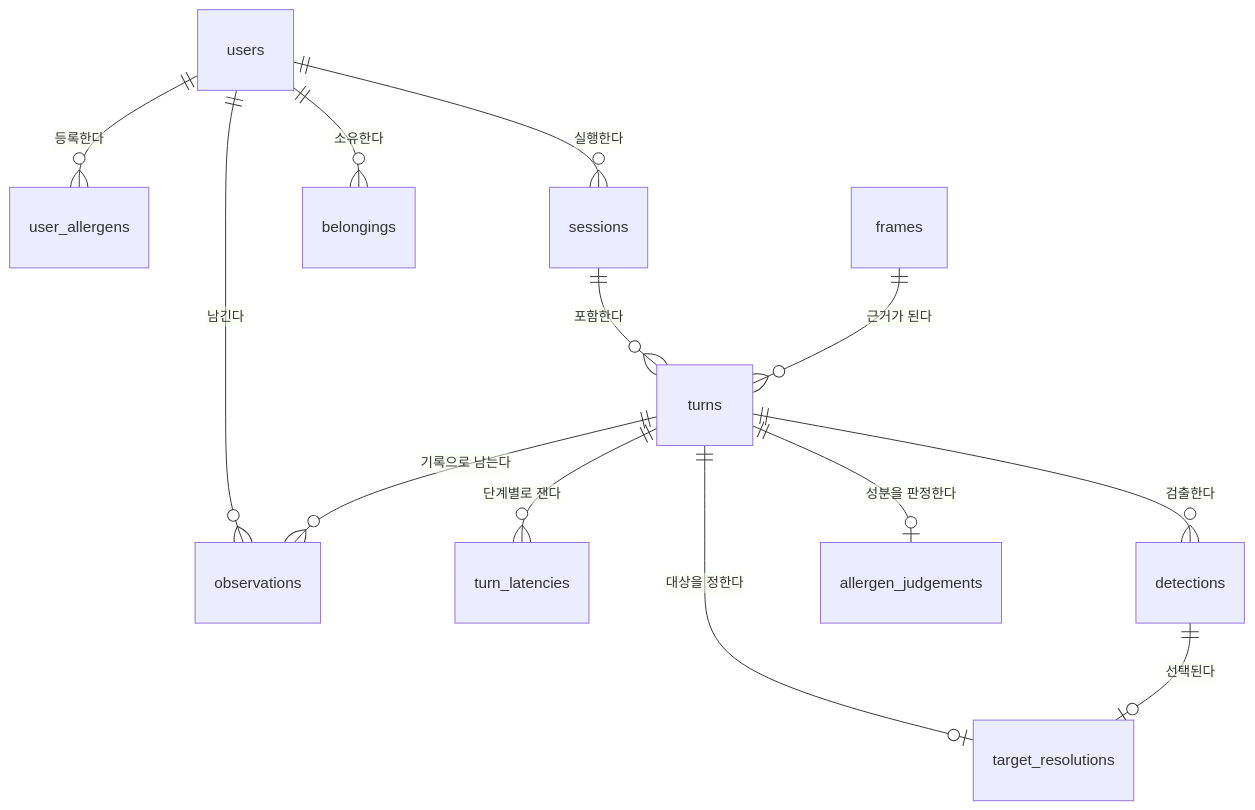
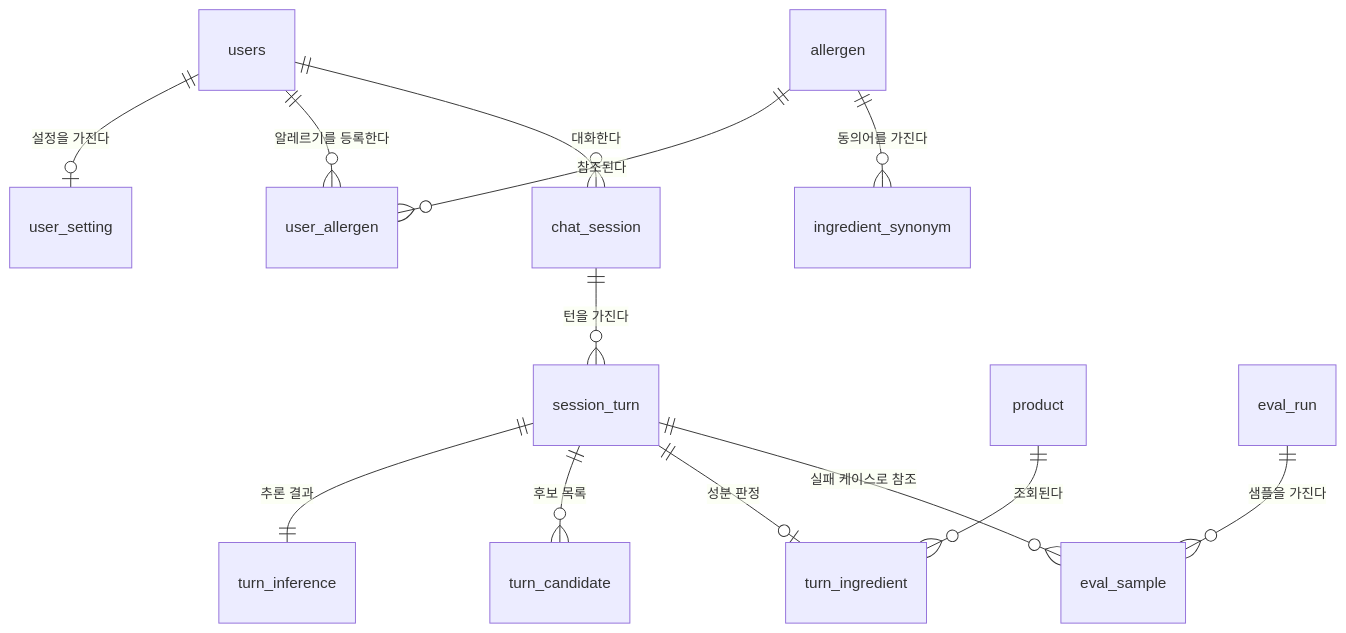
One commit to Mook-Industries/JARVISEO changed the diagram in docs/ERD.md. Above: the diagram before and after it, drawn with Mermaid. The commit also changed other lines of this file and 7 other files, not shown here.

````diff
--- a/docs/ERD.md
+++ b/docs/ERD.md
@@ -21,15 +23,15 @@
 ```mermaid
 erDiagram
-    users ||--o{ user_allergens : "등록한다"
-    users ||--o{ sessions : "실행한다"
-    users ||--o{ belongings : "소유한다"
-    users ||--o{ observations : "남긴다"
-    sessions ||--o{ turns : "포함한다"
-    frames ||--o{ turns : "근거가 된다"
-    turns ||--o{ turn_latencies : "단계별로 잰다"
-    turns ||--o{ detections : "검출한다"
-    turns ||--o| target_resolutions : "대상을 정한다"
-    turns ||--o| allergen_judgements : "성분을 판정한다"
-    turns ||--o{ observations : "기록으로 남는다"
-    detections ||--o| target_resolutions : "선택된다"
+    users ||--o| user_setting : "설정을 가진다"
+    users ||--o{ user_allergen : "알레르기를 등록한다"
+    allergen ||--o{ user_allergen : "참조된다"
+    allergen ||--o{ ingredient_synonym : "동의어를 가진다"
+    users ||--o{ chat_session : "대화한다"
+    chat_session ||--o{ session_turn : "턴을 가진다"
+    session_turn ||--|| turn_inference : "추론 결과"
+    session_turn ||--o{ turn_candidate : "후보 목록"
+    session_turn ||--o| turn_ingredient : "성분 판정"
+    product ||--o{ turn_ingredient : "조회된다"
+    eval_run ||--o{ eval_sample : "샘플을 가진다"
+    session_turn ||--o{ eval_sample : "실패 케이스로 참조"
 ```
````
